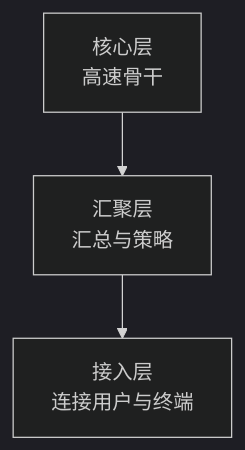
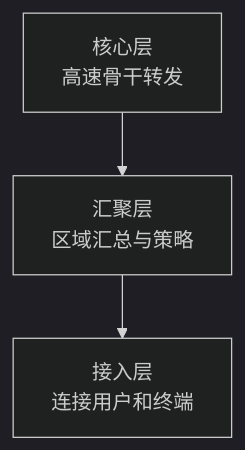
One commit to 74262195/system-architect-notes changed the diagram in 01_综合知识/01_计算机系统基础知识/03_计算机网络/08_网络工程与组网/层次化组网与冗余设计.md. Above: the diagram before and after it, drawn with Mermaid (dark theme). The commit also changed other lines of this file, not shown here.

````diff
--- a/01_综合知识/01_计算机系统基础知识/03_计算机网络/08_网络工程与组网/层次化组网与冗余设计.md
+++ b/01_综合知识/01_计算机系统基础知识/03_计算机网络/08_网络工程与组网/层次化组网与冗余设计.md
@@ -32,5 +43,5 @@
 ```mermaid
 flowchart TB
-  A[核心层<br/>高速骨干] --> B[汇聚层<br/>汇总与策略]
-  B --> C[接入层<br/>连接用户与终端]
+  A[核心层<br/>高速骨干转发] --> B[汇聚层<br/>区域汇总与策略]
+  B --> C[接入层<br/>连接用户和终端]
 ```
````
